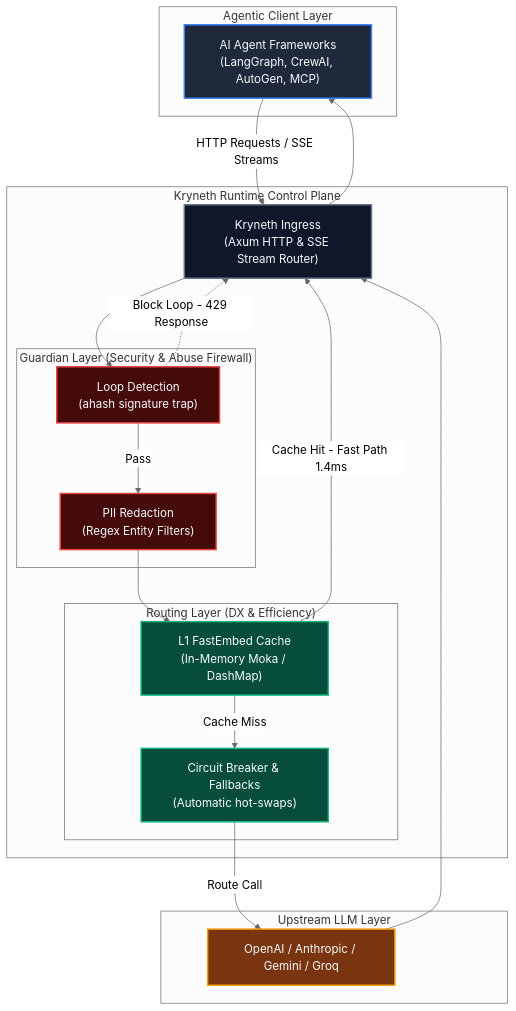
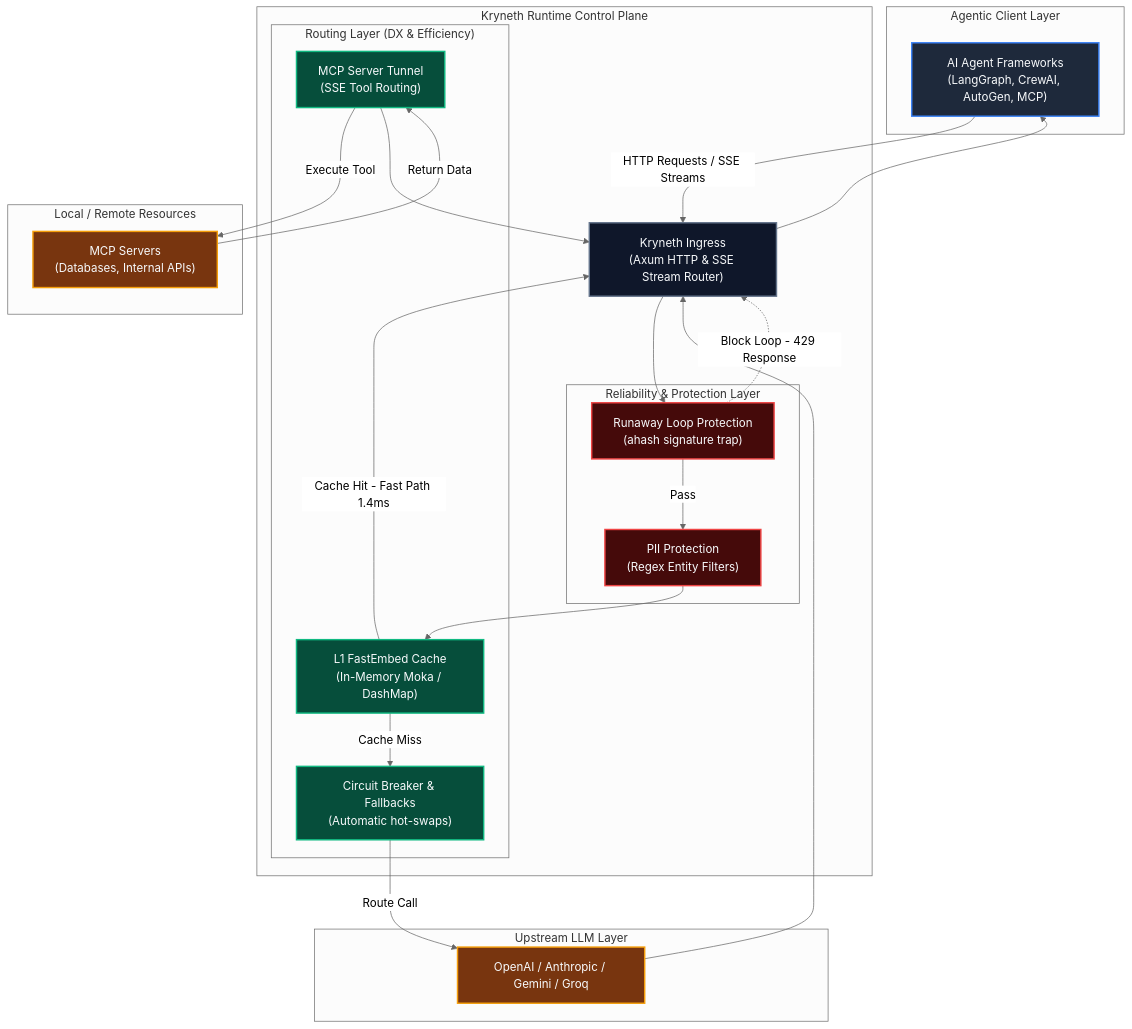
One commit to kryneth-admin/kryneth-oss changed the diagram in README.md. Above: the diagram before and after it, drawn with Mermaid (neutral theme). The commit also changed other lines of this file and 2 other files, not shown here.

Commit message:
chore: fix CI workflow and clippy warnings

````diff
--- a/README.md
+++ b/README.md
@@ -102,48 +103,56 @@
 ```mermaid
 graph TD
     %% Custom styling definition
     classDef framework fill:#1E293B,stroke:#3B82F6,stroke-width:2px,color:#F8FAFC
     classDef ingress fill:#0F172A,stroke:#64748B,stroke-width:2px,color:#F8FAFC
     classDef security fill:#450A0A,stroke:#EF4444,stroke-width:2px,color:#F8FAFC
     classDef routing fill:#064E3B,stroke:#10B981,stroke-width:2px,color:#F8FAFC
     classDef upstream fill:#78350F,stroke:#F59E0B,stroke-width:2px,color:#F8FAFC
     
     subgraph ClientLayer ["Agentic Client Layer"]
         Agent["AI Agent Frameworks<br>(LangGraph, CrewAI, AutoGen, MCP)"]:::framework
     end
     
     subgraph Firewall ["Kryneth Runtime Control Plane"]
         Ingress["Kryneth Ingress<br/>(Axum HTTP & SSE Stream Router)"]:::ingress
         
-        subgraph Guardian ["Guardian Layer (Security & Abuse Firewall)"]
-            LoopTrap["Loop Detection<br/>(ahash signature trap)"]:::security
-            PII["PII Redaction<br/>(Regex Entity Filters)"]:::security
+        subgraph Guardian ["Reliability & Protection Layer"]
+            LoopTrap["Runaway Loop Protection<br/>(ahash signature trap)"]:::security
+            PII["PII Protection<br/>(Regex Entity Filters)"]:::security
         end
         
         subgraph RouteLayer ["Routing Layer (DX & Efficiency)"]
             L1Cache["L1 FastEmbed Cache<br/>(In-Memory Moka / DashMap)"]:::routing
             CircuitBreaker["Circuit Breaker & Fallbacks<br/>(Automatic hot-swaps)"]:::routing
+            MCPTunnel["MCP Server Tunnel<br/>(SSE Tool Routing)"]:::routing
         end
     end
     
     subgraph Providers ["Upstream LLM Layer"]
         OpenAI["OpenAI / Anthropic / Gemini / Groq"]:::upstream
+    end
+
+    subgraph External ["Local / Remote Resources"]
+        MCPServer["MCP Servers<br/>(Databases, Internal APIs)"]:::upstream
     end
 
     %% Flow connections
     Agent -->|HTTP Requests / SSE Streams| Ingress
     Ingress --> LoopTrap
     LoopTrap -->|Pass| PII
     PII --> L1Cache
     
     L1Cache -->|Cache Miss| CircuitBreaker
     CircuitBreaker -->|Route Call| OpenAI
+    MCPTunnel -->|Execute Tool| MCPServer
+    MCPServer -->|Return Data| MCPTunnel
     
     %% Fast responses
     L1Cache -->|Cache Hit - Fast Path 1.4ms| Ingress
     LoopTrap -.->|Block Loop - 429 Response| Ingress
     
     %% Output
     OpenAI --> Ingress
+    MCPTunnel --> Ingress
     Ingress --> Agent
 ```
````
